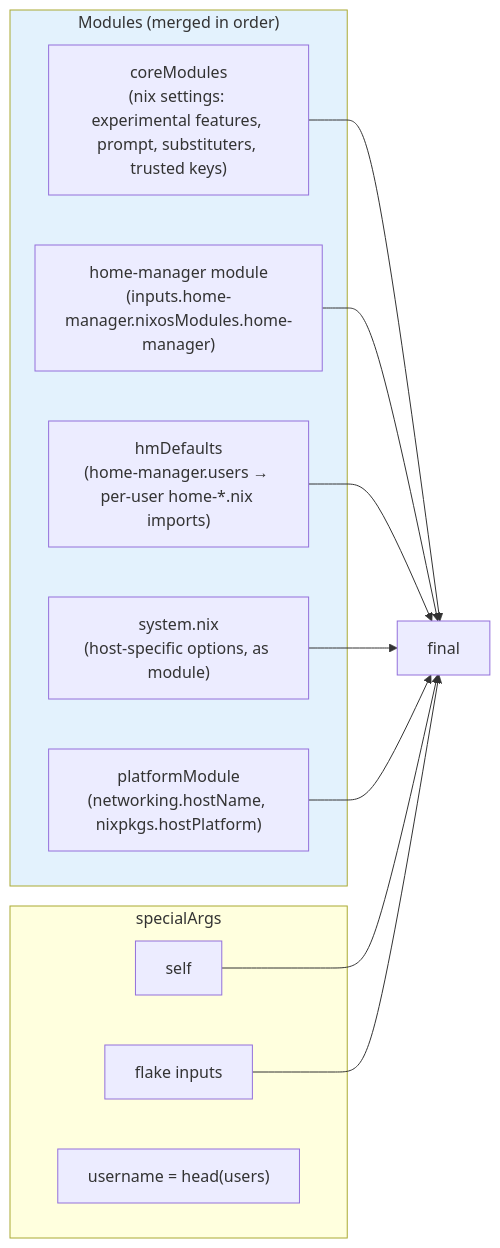
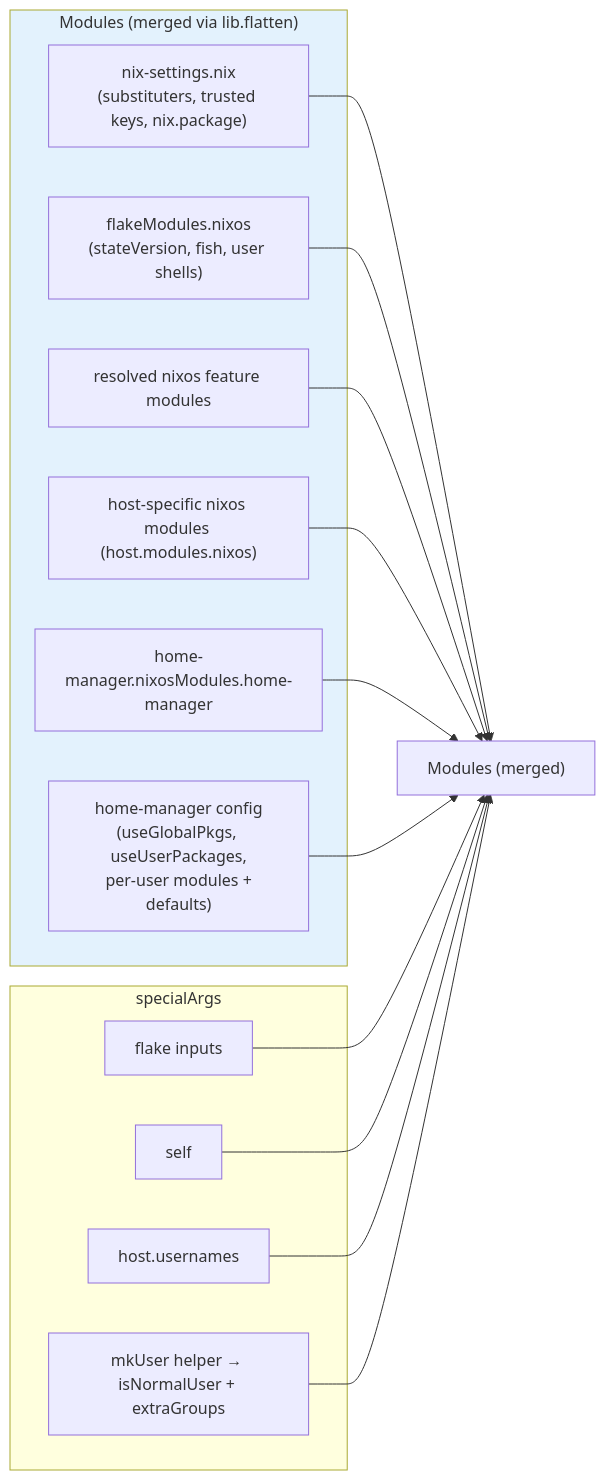
Before and after one commit to WombatFromHell/automatic-palm-tree: the fifth of 8 diagrams in DESIGN.md, drawn with Mermaid. The commit also changed other lines of this file and 1 other file, not shown here.

````diff
--- a/DESIGN.md
+++ b/DESIGN.md
@@ -147,23 +189,28 @@
 ```mermaid
 flowchart LR
-    subgraph M["Modules (merged in order)"]
-        coreMod1["coreModules\n(nix settings: experimental features, prompt, substituters, trusted keys)"]
-        hmMod1["home-manager module\n(inputs.home-manager.nixosModules.home-manager)"]
-        hmDef1["hmDefaults\n(home-manager.users → per-user home-*.nix imports)"]
-        sysMod["system.nix\n(host-specific options, as module)"]
-        platMod["platformModule\n(networking.hostName, nixpkgs.hostPlatform)"]
+    subgraph M["Modules (merged via lib.flatten)"]
+        nixSet["nix-settings.nix\n(substituters, trusted keys, nix.package)"]
+        nixosMod["flakeModules.nixos\n(stateVersion, fish, user shells)"]
+        featMod["resolved nixos feature modules"]
+        hostMod["host-specific nixos modules (host.modules.nixos)"]
+        hmMod["home-manager.nixosModules.home-manager"]
+        hmCfg["home-manager config\n(useGlobalPkgs, useUserPackages,\n per-user modules + defaults)"]
     end
     subgraph SA["specialArgs"]
+        inputs["flake inputs"]
         self["self"]
-        inputs["flake inputs"]
-        username["username = head(users)"]
+        usernames["host.usernames"]
+        mkUser["mkUser helper → isNormalUser + extraGroups"]
     end
-    coreMod1 --> final
-    hmMod1 --> final
-    hmDef1 --> final
-    sysMod --> final
-    platMod --> final
-    self --> final
-    inputs --> final
+    nixSet --> merged["Modules (merged)"]
+    nixosMod --> merged
+    featMod --> merged
+    hostMod --> merged
+    hmMod --> merged
+    hmCfg --> merged
+    inputs --> merged
+    self --> merged
+    usernames --> merged
+    mkUser --> merged
     style M fill:#e3f2fd
 ```
````
